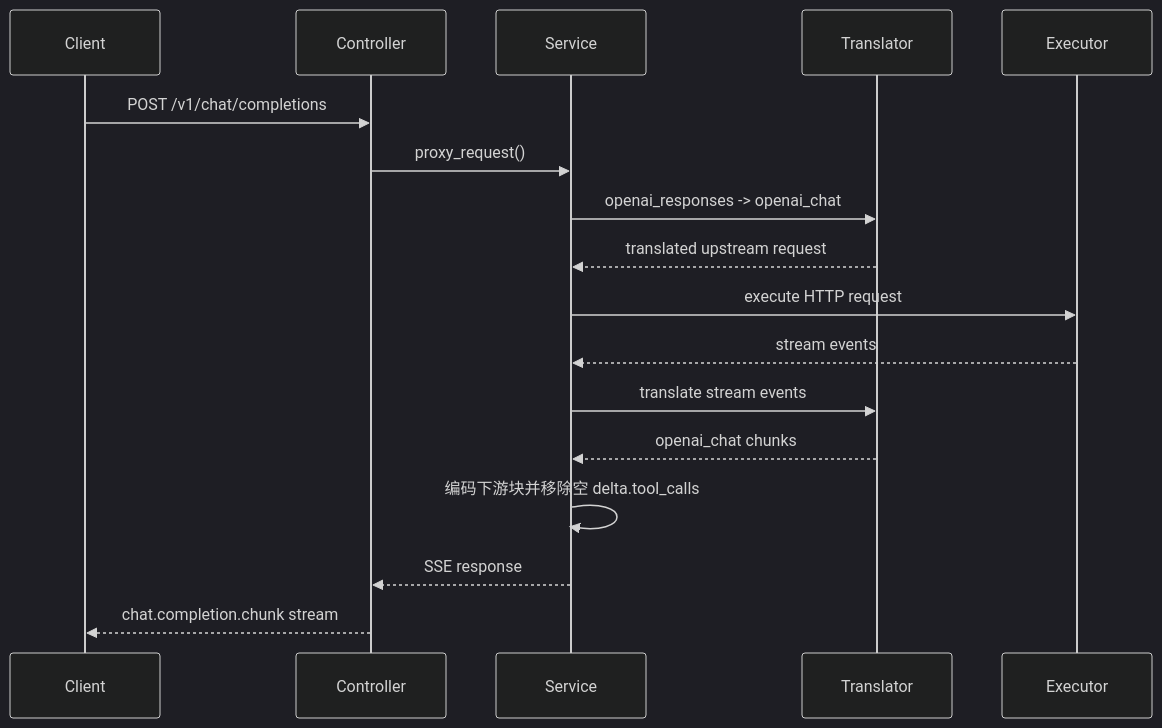
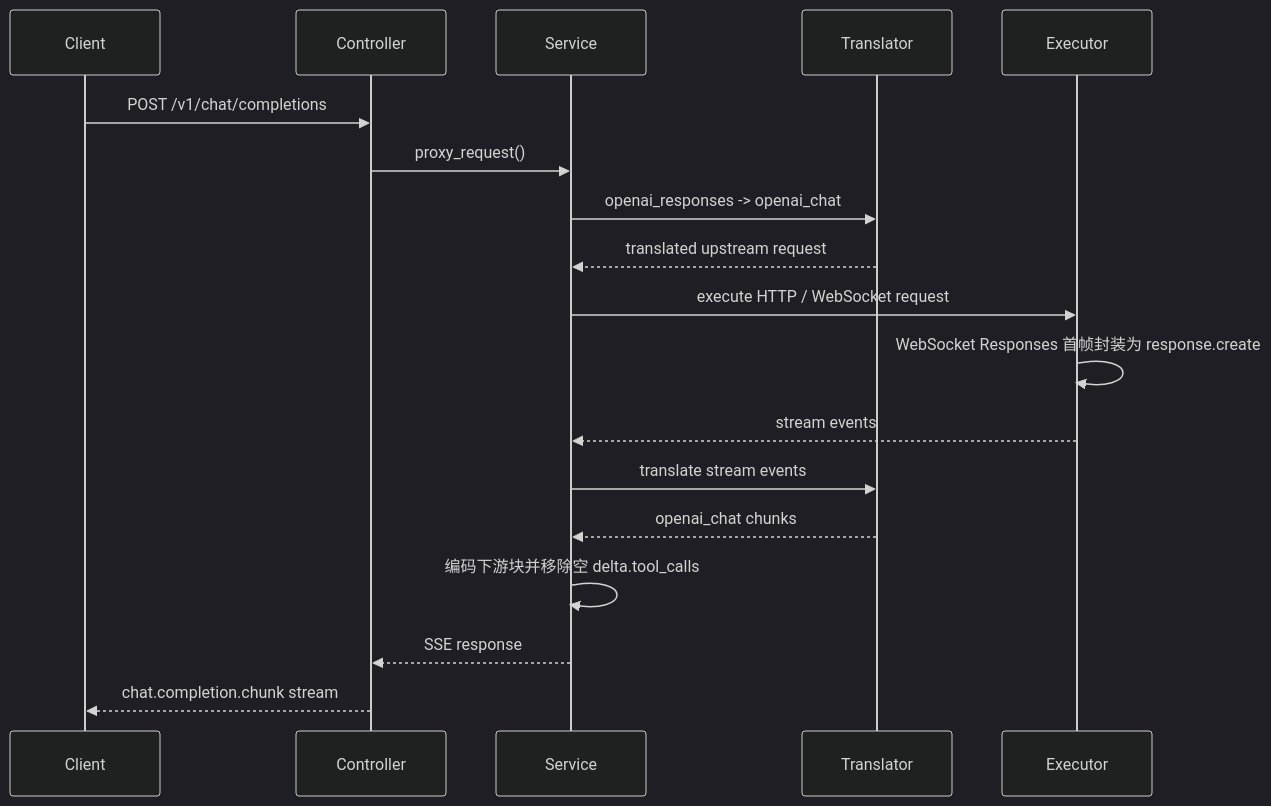
Before and after one commit to VonSdite/LLM_Proxy: the first of 2 diagrams in docs/architecture-4plus1.md, drawn with Mermaid (dark theme). The commit also changed other lines of this file and 3 other files, not shown here.

First line of the commit message:
修复 Responses WebSocket 首帧格式

````diff
--- a/docs/architecture-4plus1.md
+++ b/docs/architecture-4plus1.md
@@ -381,20 +383,21 @@
 ```mermaid
 sequenceDiagram
     participant Client
     participant Controller
     participant Service
     participant Translator
     participant Executor
 
     Client->>Controller: POST /v1/chat/completions
     Controller->>Service: proxy_request()
     Service->>Translator: openai_responses -> openai_chat
     Translator-->>Service: translated upstream request
-    Service->>Executor: execute HTTP request
+    Service->>Executor: execute HTTP / WebSocket request
+    Executor->>Executor: WebSocket Responses 首帧封装为 response.create
     Executor-->>Service: stream events
     Service->>Translator: translate stream events
     Translator-->>Service: openai_chat chunks
     Service->>Service: 编码下游块并移除空 delta.tool_calls
     Service-->>Controller: SSE response
     Controller-->>Client: chat.completion.chunk stream
 ```
````
